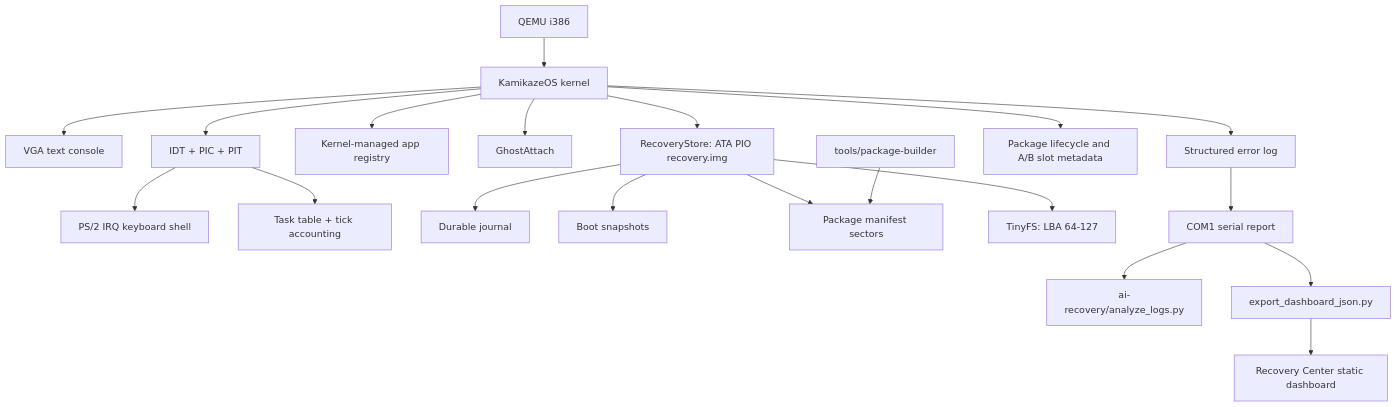
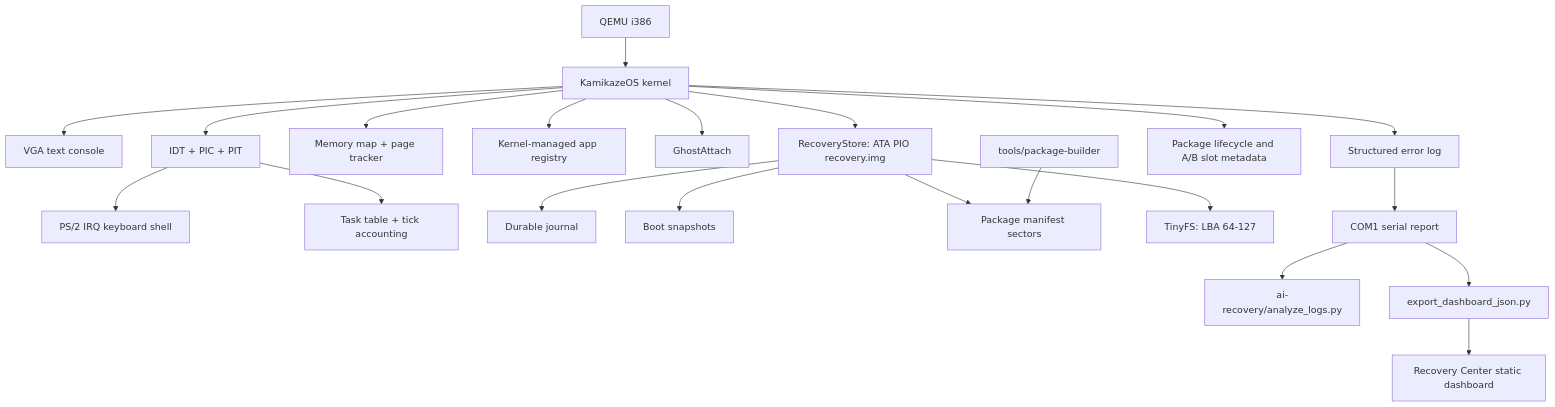
Before and after one commit to kaamikazi/kamikazeos: the diagram in README.md, drawn with Mermaid. The commit also changed other lines of this file and 20 other files, not shown here.

Commit message:
v2.1 memory map foundation

````diff
--- a/README.md
+++ b/README.md
@@ -46,22 +46,23 @@
 ```mermaid
 flowchart TD
   QEMU["QEMU i386"] --> Kernel["KamikazeOS kernel"]
   Kernel --> VGA["VGA text console"]
   Kernel --> IRQ["IDT + PIC + PIT"]
+  Kernel --> Memory["Memory map + page tracker"]
   IRQ --> Keyboard["PS/2 IRQ keyboard shell"]
   IRQ --> Tasks["Task table + tick accounting"]
   Kernel --> Apps["Kernel-managed app registry"]
   Kernel --> Ghost["GhostAttach"]
   Kernel --> Errors["Structured error log"]
   Kernel --> Store["RecoveryStore: ATA PIO recovery.img"]
   Store --> Journal["Durable journal"]
   Store --> Snapshots["Boot snapshots"]
   Store --> Manifests["Package manifest sectors"]
   Store --> TinyFS["TinyFS: LBA 64-127"]
   Kernel --> Packages["Package lifecycle and A/B slot metadata"]
   Errors --> Serial["COM1 serial report"]
   Serial --> Analyzer["ai-recovery/analyze_logs.py"]
   Serial --> Exporter["export_dashboard_json.py"]
   Exporter --> Dashboard["Recovery Center static dashboard"]
   Tools["tools/package-builder"] --> Manifests
 ```
````
